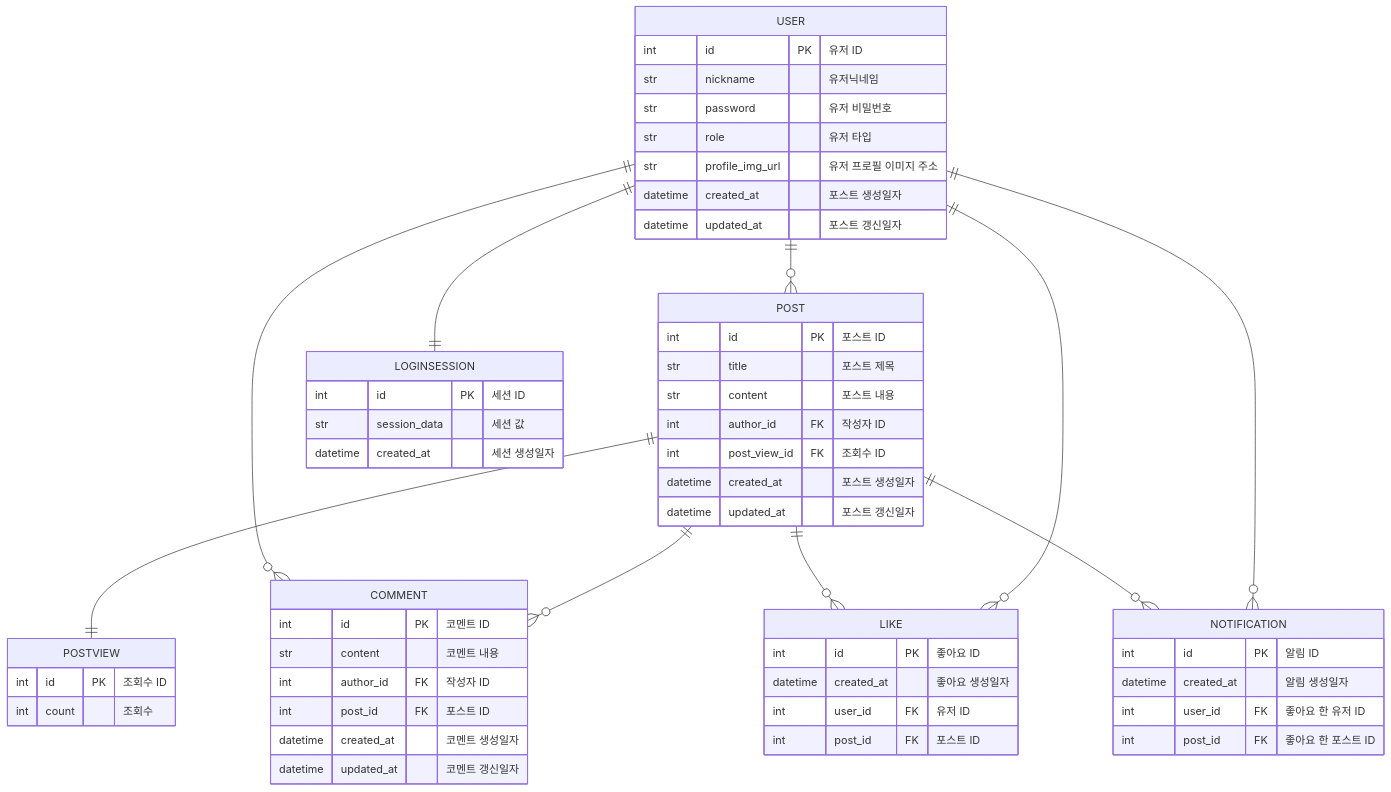
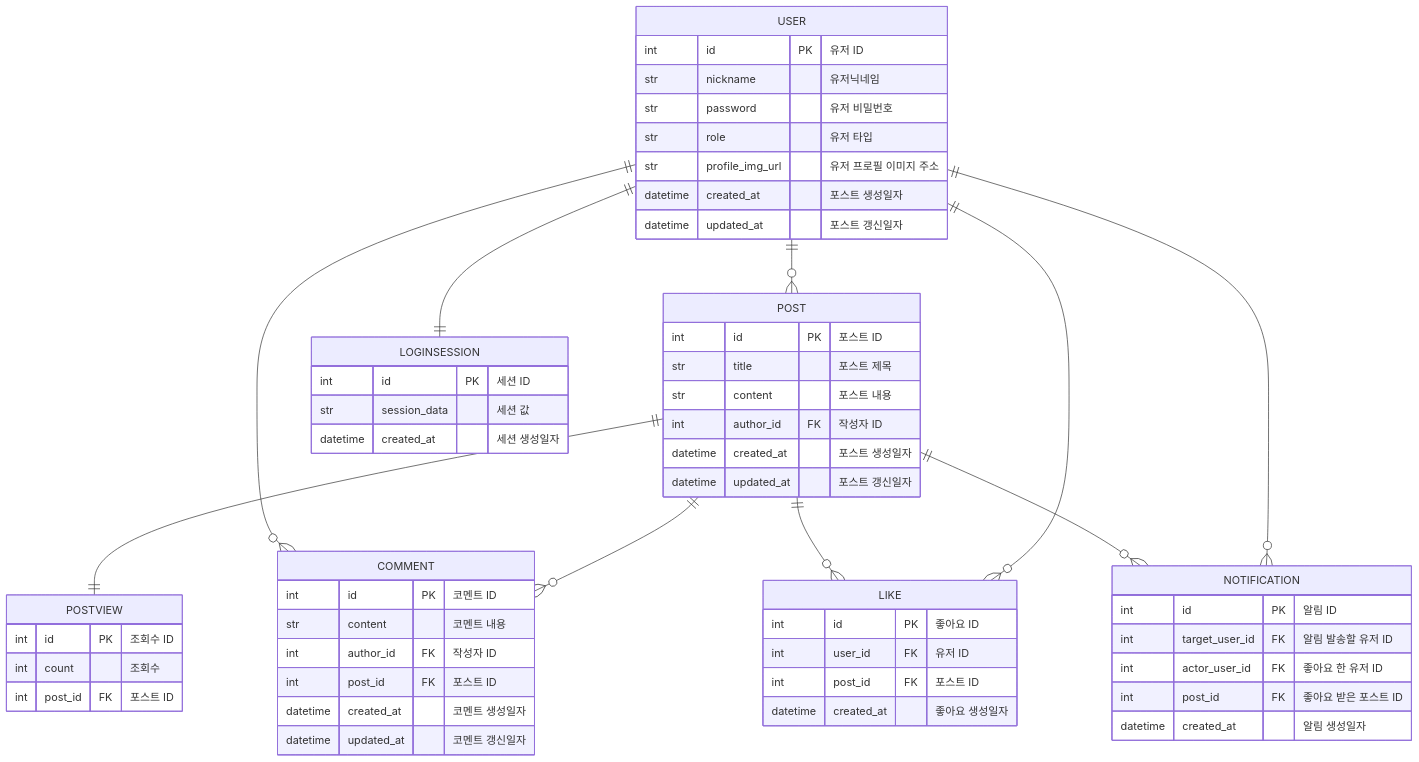
One commit to ksg9482/fastapi-post changed the diagram in README.md. Above: the diagram before and after it, drawn with Mermaid. The commit also changed 22 other files, not shown here.

````diff
--- a/README.md
+++ b/README.md
@@ -108,65 +108,66 @@
 ```mermaid
 erDiagram
     POST ||--o{ COMMENT:""
     POST {
         int id PK "포스트 ID"
         str title "포스트 제목"
         str content "포스트 내용"
         int author_id FK "작성자 ID"
-        int post_view_id FK "조회수 ID"
         datetime created_at "포스트 생성일자"
         datetime updated_at "포스트 갱신일자"
     }
 
     POST ||--|| POSTVIEW:""
     POSTVIEW {
         int id PK "조회수 ID"
         int count "조회수"
+        int post_id FK "포스트 ID"
     }
 
     USER ||--o{ POST: ""
     USER ||--o{ COMMENT: ""
     USER {
         int id PK "유저 ID"
         str nickname "유저닉네임"
         str password "유저 비밀번호"
         str role "유저 타입"
         str profile_img_url "유저 프로필 이미지 주소"
         datetime created_at "포스트 생성일자"
         datetime updated_at "포스트 갱신일자"
     }
 
     USER ||--|| LOGINSESSION: ""
     LOGINSESSION {
         int id PK "세션 ID"
         str session_data "세션 값"
         datetime created_at "세션 생성일자"
     }
 
     COMMENT {
         int id PK "코멘트 ID"
         str content "코멘트 내용"
         int author_id FK "작성자 ID"
         int post_id FK "포스트 ID"
         datetime created_at "코멘트 생성일자"
         datetime updated_at "코멘트 갱신일자"
     }
 
     USER ||--o{ LIKE: ""
     POST ||--o{ LIKE: ""
     LIKE {
         int id PK "좋아요 ID"
-        datetime created_at "좋아요 생성일자"
         int user_id FK "유저 ID"
         int post_id FK "포스트 ID"
+        datetime created_at "좋아요 생성일자"
     }
 
     USER ||--o{ NOTIFICATION: ""
     POST ||--o{ NOTIFICATION: ""
     NOTIFICATION {
         int id PK "알림 ID"
+        int target_user_id FK "알림 발송할 유저 ID"
+        int actor_user_id FK "좋아요 한 유저 ID"
+        int post_id FK "좋아요 받은 포스트 ID"
         datetime created_at "알림 생성일자"
-        int user_id FK "좋아요 한 유저 ID"
-        int post_id FK "좋아요 한 포스트 ID"
     }
 ```
````
